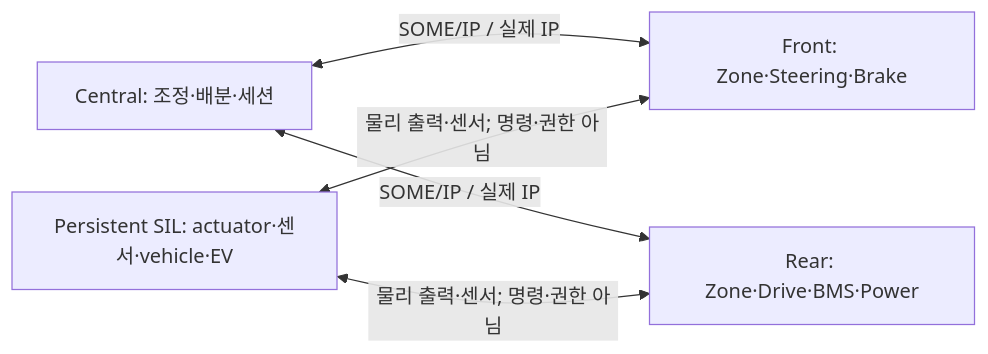
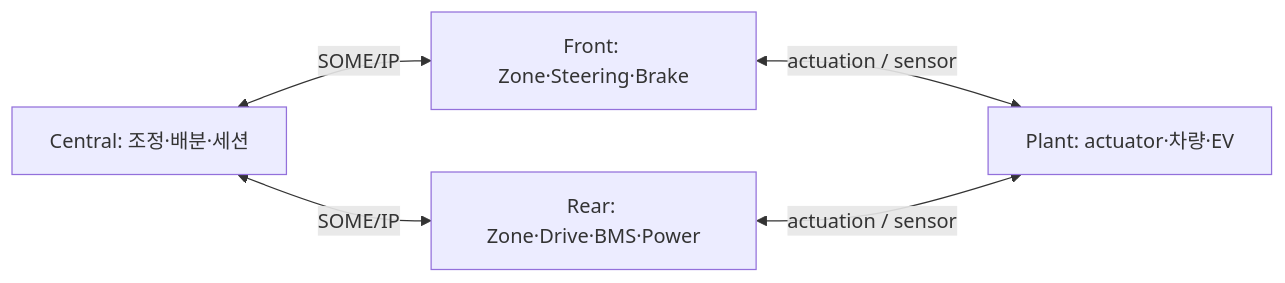
Before and after one commit to shinjuyeop/StrataDrive: the diagram in README.md, drawn with Mermaid. The commit also changed other lines of this file and 267 other files, not shown here.

````diff
--- a/README.md
+++ b/README.md
@@ -71,7 +34,7 @@
 ```mermaid
 flowchart LR
-  C[Central: 조정·배분·세션] <-->|SOME/IP / 실제 IP| F[Front: Zone·Steering·Brake]
-  C <-->|SOME/IP / 실제 IP| R[Rear: Zone·Drive·BMS·Power]
-  P[Persistent SIL: actuator·센서·vehicle·EV] <-->|물리 출력·센서; 명령·권한 아님| F
-  P <-->|물리 출력·센서; 명령·권한 아님| R
+  C[Central: 조정·배분·세션] <-->|SOME/IP| F[Front: Zone·Steering·Brake]
+  C <-->|SOME/IP| R[Rear: Zone·Drive·BMS·Power]
+  F <-->|actuation / sensor| P[Plant: actuator·차량·EV]
+  R <-->|actuation / sensor| P
 ```
````
